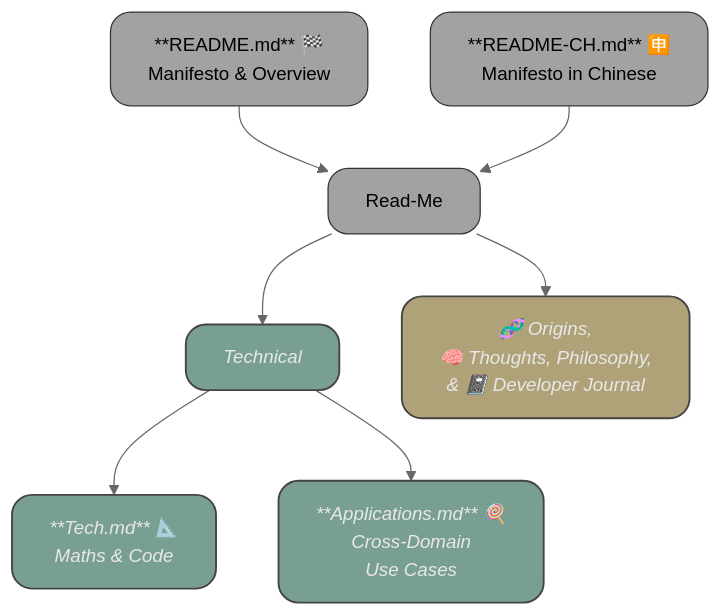
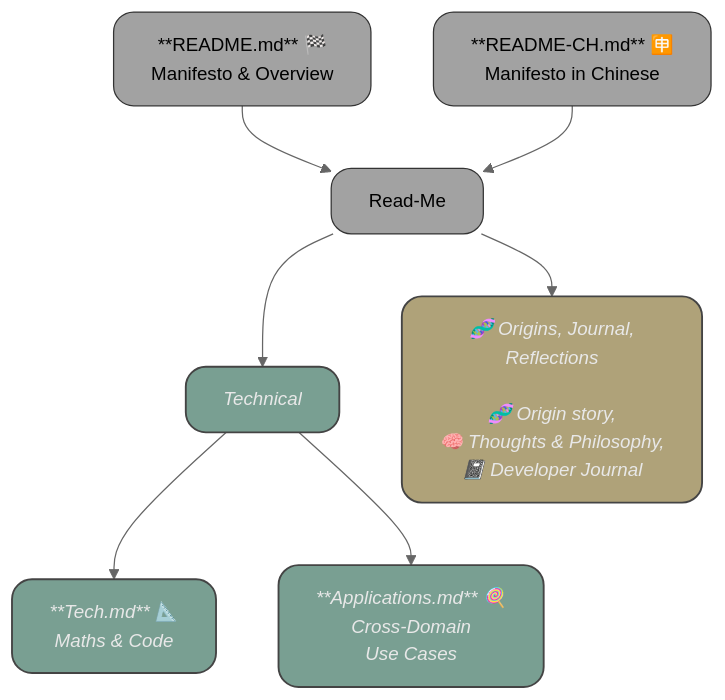
Before and after one commit to patwooky/fpsr: the first of 2 diagrams in README.md, drawn with Mermaid.

Commit message:
Update README graph section for clarity
Refined the graph section in README.md to clarify the structure and add more descriptive labels for the 'Origins, Journal, Reflections' node.

````diff
--- a/README.md
+++ b/README.md
@@ -110,23 +110,23 @@
 ```mermaid
 %%{ init: { "theme": "neutral" } }%%
 graph TD
   A[**README.md** 🏁<br>Manifesto & Overview] --> A2[Read-Me] 
   A2 --> A3[Technical]
-  A2 --> A4[🧬 Origins,<br> 🧠 Thoughts, Philosophy,<br>& 📓 Developer Journal]
+  A2 --> A4[🧬 Origins, Journal,<br>Reflections<br><br>🧬 Origin story,<br> 🧠 Thoughts & Philosophy,<br>📓 Developer Journal]
   C[**README-CH.md** 🈸<br>Manifesto in Chinese] --> A2
   A3 --> B[**Tech.md** 📐<br>Maths & Code]
   A3 --> D[**Applications.md** 🍭<br>Cross-Domain<br>Use Cases]
   %% A4 --> E[**Dev_Journal.md** 📓<br>Developer's<br>Journal]
 
   %% A4 --> F[**Origins.md** 🧬<br>Origin Story] 
   %% A4 --> G[**Thoughts.md** 🧠<br>Reflections &<br> Conceptual Notes]
 
   classDef fileStyle fill:#A2A2A2,stroke:#333,stroke-width:1px,color:#000,rx:16,ry:16,font-size:15px;
   classDef techHighlight fill:#799F92,stroke:#444,stroke-width:1.5px,color:#E8E8E8,rx:16,ry:16,font-size:15px,font-style:italic;
   classDef thoughtsHighlight fill:#AFA279,stroke:#444,stroke-width:1.5px,color:#E8E8E8,rx:16,ry:16,font-size:15px,font-style:italic;
   
 
   class A,C,A2,A3 fileStyle
   class B,D,A3 techHighlight
   class A4,E,F,G thoughtsHighlight
   ``` 
````
